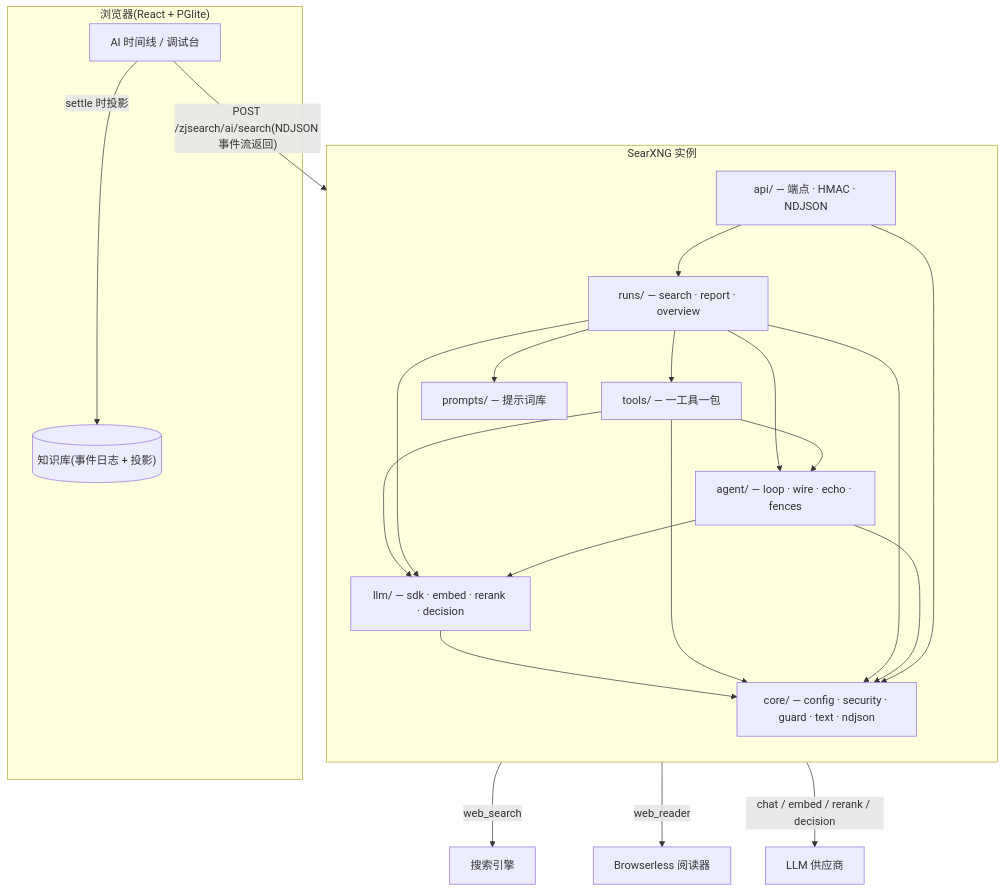
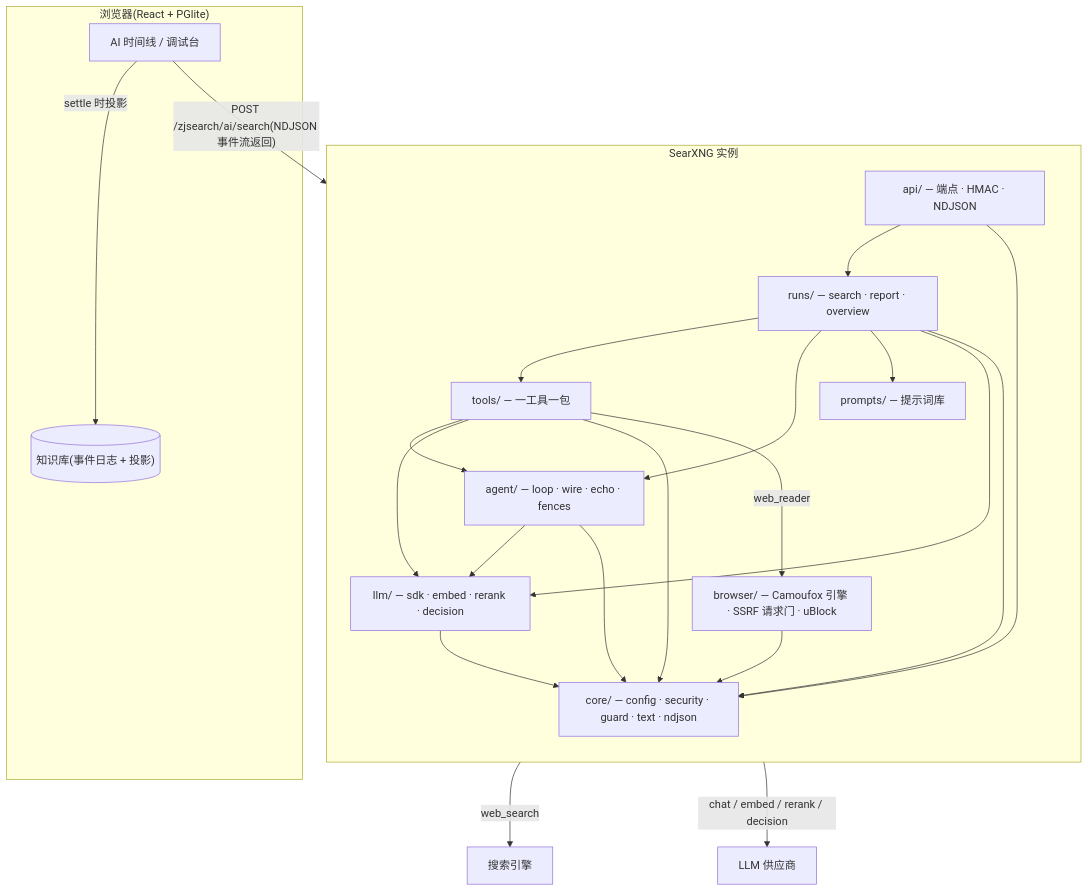
Before and after one commit to hezhijie0327/ZJSearch: the first of 4 diagrams in NEXTGEN-DESIGN.md, drawn with Mermaid. The commit also changed other lines of this file and 21 other files, not shown here.

````diff
--- a/NEXTGEN-DESIGN.md
+++ b/NEXTGEN-DESIGN.md
@@ -453,38 +453,39 @@
 ```mermaid
 flowchart TB
   subgraph B["浏览器(React + PGlite)"]
     UI["AI 时间线 / 调试台"]
     KB[("知识库(事件日志 + 投影)")]
   end
   subgraph S["SearXNG 实例"]
     direction TB
     API["api/ — 端点 · HMAC · NDJSON"]
     RUNS["runs/ — search · report · overview"]
     TOOLS["tools/ — 一工具一包"]
     AGENT["agent/ — loop · wire · echo · fences"]
     PROMPTS["prompts/ — 提示词库"]
     LLM["llm/ — sdk · embed · rerank · decision"]
+    BROWSER["browser/ — Camoufox 引擎 · SSRF 请求门 · uBlock"]
     CORE["core/ — config · security · guard · text · ndjson"]
   end
   ENG["搜索引擎"]
-  BR["Browserless 阅读器"]
   LLMX["LLM 供应商"]
   UI -- "POST /zjsearch/ai/search(NDJSON 事件流返回)" --> API
   API --> RUNS
   RUNS --> TOOLS
   RUNS --> AGENT
   RUNS --> PROMPTS
   TOOLS --> AGENT
   TOOLS --> LLM
   RUNS --> LLM
   AGENT --> LLM
   LLM --> CORE
   TOOLS --> CORE
   RUNS --> CORE
   AGENT --> CORE
   API --> CORE
   TOOLS -- "web_search" --> ENG
-  TOOLS -- "web_reader" --> BR
+  TOOLS -- "web_reader" --> BROWSER
+  BROWSER --> CORE
   LLM -- "chat / embed / rerank / decision" --> LLMX
   UI -- "settle 时投影" --> KB
 ```
````
